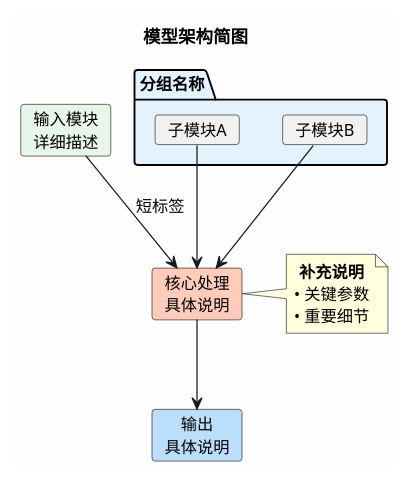
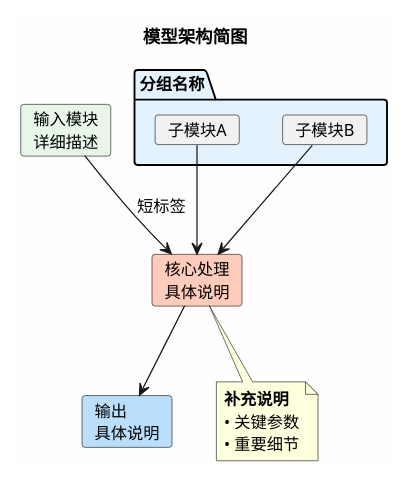
The diagram in paper-analyzer/SKILL.md (liuhuxian/huxian_skills), drawn with PlantUML before and after one commit. The commit also changed other lines of this file, not shown here.

````diff
--- a/paper-analyzer/SKILL.md
+++ b/paper-analyzer/SKILL.md
@@ -198,30 +207,30 @@
 ```plantuml
 @startuml
 skinparam backgroundColor #FEFEFE
 skinparam defaultFontSize 13
-skinparam defaultTextAlignment center
+skinparam wrapWidth 250
 
 title 模型架构简图
 
 card "输入模块\n详细描述" as input #E8F5E9
 
 package "分组名称" #E3F2FD {
     card "子模块A" as sub_a
     card "子模块B" as sub_b
 }
 
 card "核心处理\n具体说明" as core #FFCCBC
-card "输出\n具体说明" as output #BBDEFB
+card "输出\n具体说明" as result_out #BBDEFB
 
 input --> core : 短标签
 sub_a --> core
 sub_b --> core
-core --> output
+core --> result_out
 
-note right of core
+note bottom of core
   <b>补充说明</b>
   • 关键参数
   • 重要细节
 end note
 @enduml
 ```
````
